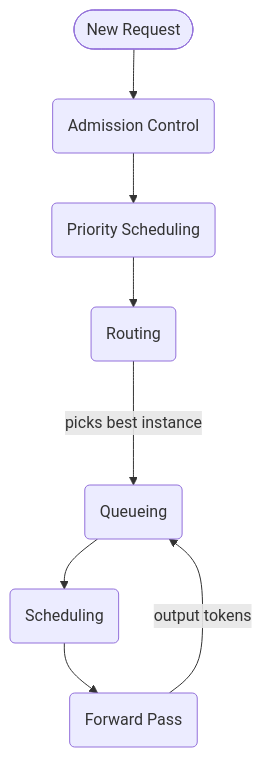
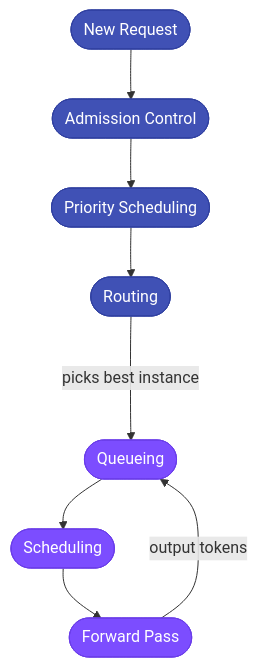
Before and after one commit to inference-sim/inference-sim: the first of 3 diagrams in docs/blog/posts/why-simulate-before-you-scale.md, drawn with Mermaid. The commit also changed other lines of this file, not shown here.

Commit message:
fix(docs): fix caption and style pipeline diagram with pill nodes
Replace nonsensical "above the line" caption. Use stadium-shaped
nodes with classDef for clean blue (cluster) / purple (instance)
color coding.

````diff
--- a/docs/blog/posts/why-simulate-before-you-scale.md
+++ b/docs/blog/posts/why-simulate-before-you-scale.md
@@ -36,10 +36,13 @@
 ```mermaid
 flowchart TD
-    R(["New Request"]) --> AC("Admission Control")
-    AC --> PS("Priority Scheduling")
-    PS --> RT("Routing")
-    RT --->|"picks best instance"| Q("Queueing")
-    Q --> S("Scheduling")
-    S --> FP("Forward Pass")
+    R(["New Request"]):::cluster --> AC(["Admission Control"]):::cluster
+    AC --> PS(["Priority Scheduling"]):::cluster
+    PS --> RT(["Routing"]):::cluster
+    RT --->|"picks best instance"| Q(["Queueing"]):::instance
+    Q --> S(["Scheduling"]):::instance
+    S --> FP(["Forward Pass"]):::instance
     FP -->|"output tokens"| Q
+
+    classDef cluster fill:#4051b5,color:#fff,stroke:#3040a0,rx:20
+    classDef instance fill:#7c4dff,color:#fff,stroke:#6a3de8,rx:20
 ```
````
